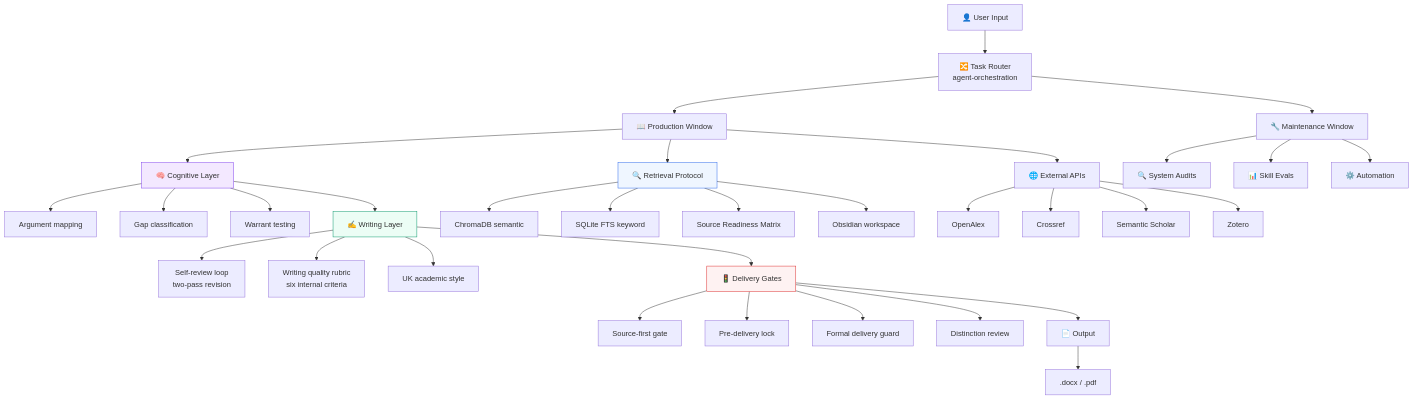
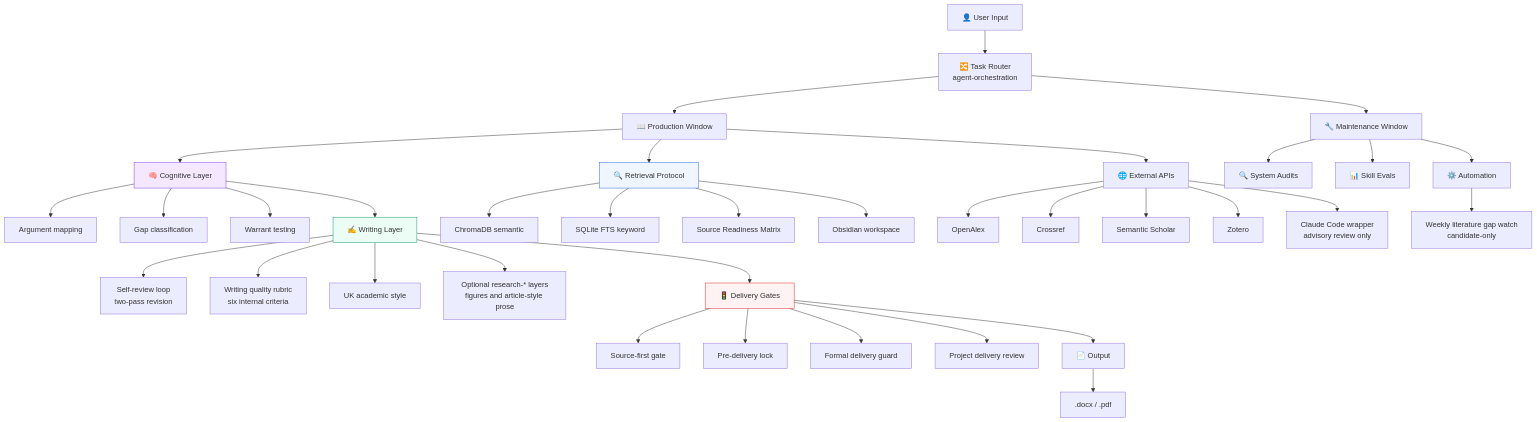
The diagram in docs/architecture.md (JonasLee12/research-agent-starter-kit), drawn with Mermaid before and after one commit. The commit also changed 25 other files, not shown here.

Commit message:
Update: add runtime review and gap-watch starter kit upgrades

````diff
--- a/docs/architecture.md
+++ b/docs/architecture.md
@@ -3,47 +3,50 @@
 ```mermaid
 graph TD
     A["👤 User Input"] --> B["🔀 Task Router<br/>agent-orchestration"]
 
     B --> C["📖 Production Window"]
     B --> D["🔧 Maintenance Window"]
 
     C --> E["🧠 Cognitive Layer"]
     E --> E1["Argument mapping"]
     E --> E2["Gap classification"]
     E --> E3["Warrant testing"]
 
     E --> F["✍️ Writing Layer"]
     F --> F1["Self-review loop<br/>two-pass revision"]
     F --> F2["Writing quality rubric<br/>six internal criteria"]
     F --> F3["UK academic style"]
+    F --> F4["Optional research-* layers<br/>figures and article-style prose"]
 
     F --> G["🚦 Delivery Gates"]
     G --> G1["Source-first gate"]
     G --> G2["Pre-delivery lock"]
     G --> G3["Formal delivery guard"]
-    G --> G4["Distinction review"]
+    G --> G4["Project delivery review"]
 
     G --> H["📄 Output"]
     H --> H1[".docx / .pdf"]
 
     C --> I["🔍 Retrieval Protocol"]
     I --> I1["ChromaDB semantic"]
     I --> I2["SQLite FTS keyword"]
     I --> I3["Source Readiness Matrix"]
     I --> I4["Obsidian workspace"]
 
     C --> J["🌐 External APIs"]
     J --> J1["OpenAlex"]
     J --> J2["Crossref"]
     J --> J3["Semantic Scholar"]
     J --> J4["Zotero"]
+    J --> J5["Claude Code wrapper<br/>advisory review only"]
 
     D --> K["🔍 System Audits"]
     D --> L["📊 Skill Evals"]
     D --> M["⚙️ Automation"]
+    M --> M1["Weekly literature gap watch<br/>candidate-only"]
 
     style E fill:#f3e8ff,stroke:#7c3aed
     style F fill:#ecfdf5,stroke:#059669
     style G fill:#fef2f2,stroke:#dc2626
     style I fill:#eff6ff,stroke:#2563eb
 ```
````
